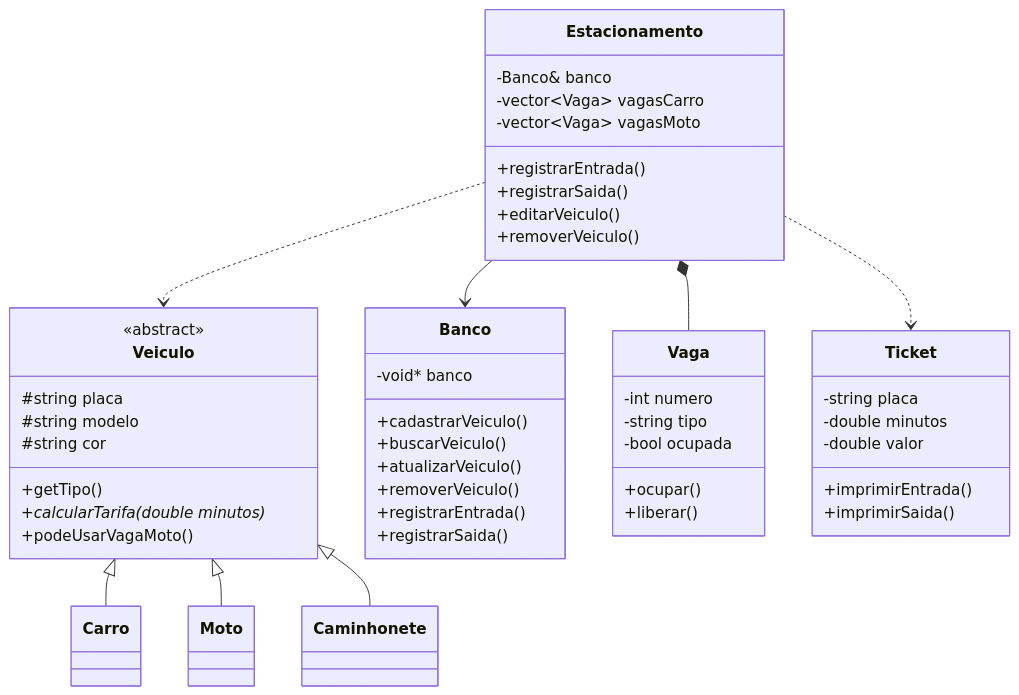
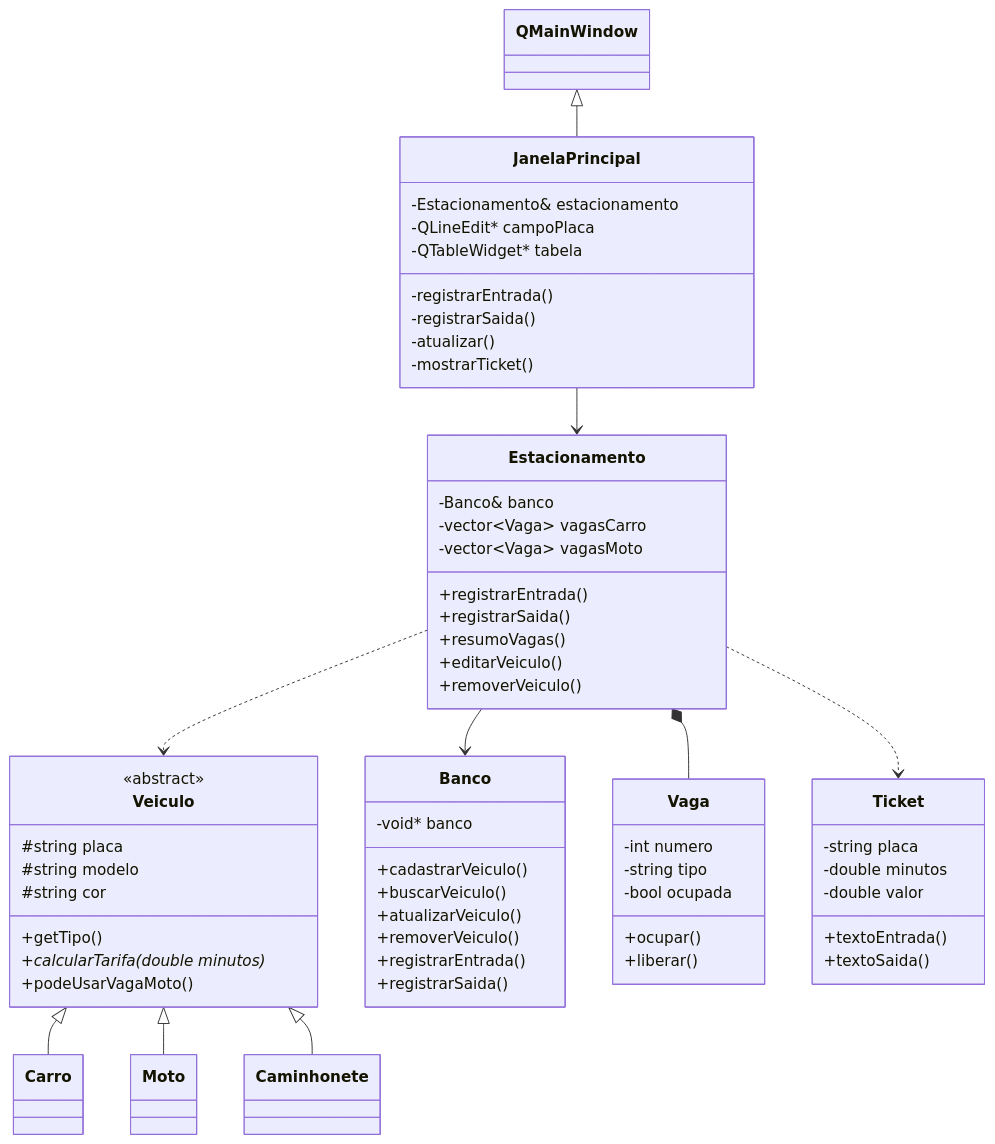
The first of 2 diagrams in docs/RELATORIO.md (MrTicos/Sistema-de-Gerenciamento-de-um-estacionamento-), drawn with Mermaid before and after one commit. The commit also changed other lines of this file, not shown here.

````diff
--- a/docs/RELATORIO.md
+++ b/docs/RELATORIO.md
@@ -78,52 +80,64 @@
 ```mermaid
 classDiagram
     Veiculo <|-- Carro
     Veiculo <|-- Moto
     Veiculo <|-- Caminhonete
+    QMainWindow <|-- JanelaPrincipal
+    JanelaPrincipal --> Estacionamento
     Estacionamento --> Banco
     Estacionamento *-- Vaga
     Estacionamento ..> Veiculo
     Estacionamento ..> Ticket
 
     class Veiculo {
         <<abstract>>
         #string placa
         #string modelo
         #string cor
         +getTipo()
         +calcularTarifa(double minutos)*
         +podeUsarVagaMoto()
     }
     class Vaga {
         -int numero
         -string tipo
         -bool ocupada
         +ocupar()
         +liberar()
     }
     class Ticket {
         -string placa
         -double minutos
         -double valor
-        +imprimirEntrada()
-        +imprimirSaida()
+        +textoEntrada()
+        +textoSaida()
     }
     class Estacionamento {
         -Banco& banco
         -vector~Vaga~ vagasCarro
         -vector~Vaga~ vagasMoto
         +registrarEntrada()
         +registrarSaida()
+        +resumoVagas()
         +editarVeiculo()
         +removerVeiculo()
     }
     class Banco {
         -void* banco
         +cadastrarVeiculo()
         +buscarVeiculo()
         +atualizarVeiculo()
         +removerVeiculo()
         +registrarEntrada()
         +registrarSaida()
     }
+    class JanelaPrincipal {
+        -Estacionamento& estacionamento
+        -QLineEdit* campoPlaca
+        -QTableWidget* tabela
+        -registrarEntrada()
+        -registrarSaida()
+        -atualizar()
+        -mostrarTicket()
+    }
 ```
````
